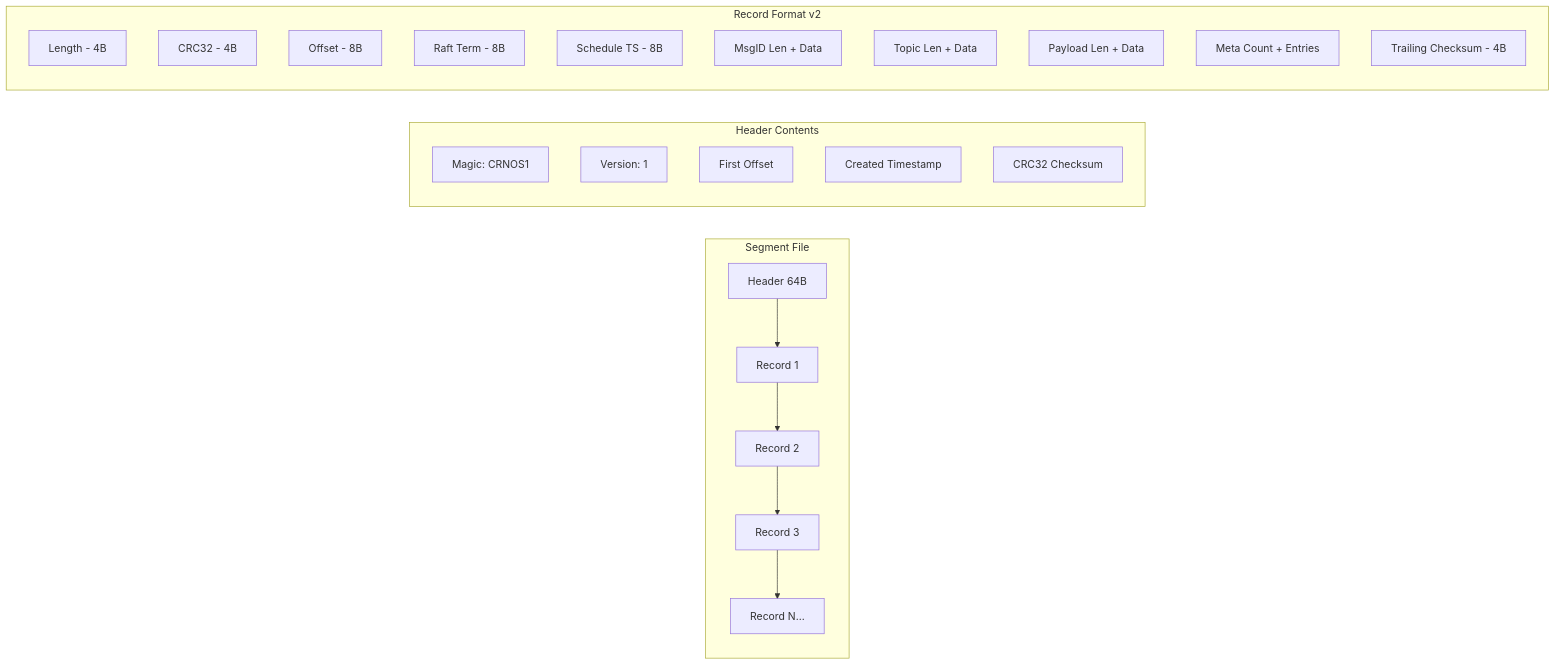
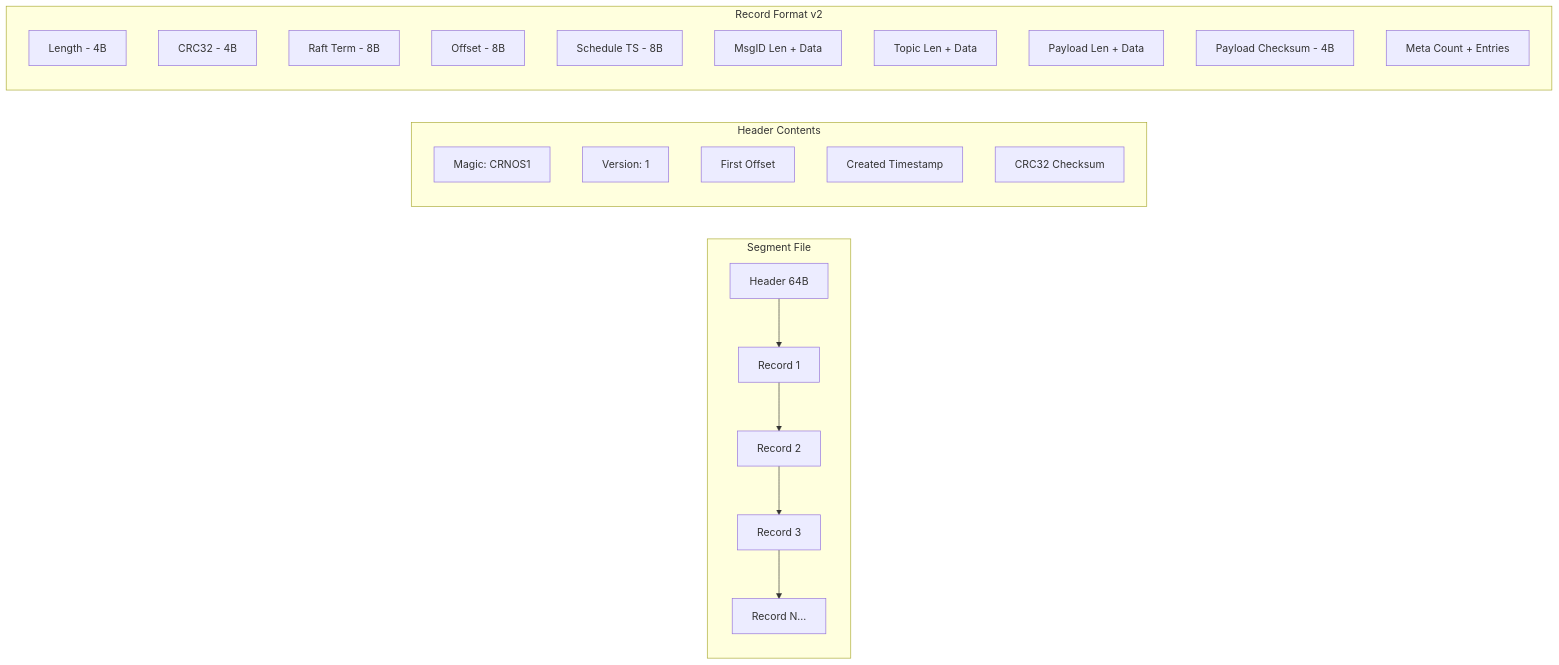
One commit to jatin711-debug/cronos_db_golang changed the seventh of 47 diagrams in ARCHITECTURE.md. Above: the diagram before and after it, drawn with Mermaid. The commit also changed other lines of this file and 39 other files, not shown here.

````diff
--- a/ARCHITECTURE.md
+++ b/ARCHITECTURE.md
@@ -304,30 +304,30 @@
 ```mermaid
 graph LR
     subgraph Segment File
         H[Header 64B] --> R1[Record 1]
         R1 --> R2[Record 2]
         R2 --> R3[Record 3]
         R3 --> RN[Record N...]
     end
 
     subgraph Header Contents
         H1[Magic: CRNOS1]
         H2[Version: 1]
         H3[First Offset]
         H4[Created Timestamp]
         H5[CRC32 Checksum]
     end
 
     subgraph Record Format v2
         RF1[Length - 4B]
         RF2[CRC32 - 4B]
-        RF3[Offset - 8B]
-        RF4[Raft Term - 8B]
+        RF3[Raft Term - 8B]
+        RF4[Offset - 8B]
         RF5[Schedule TS - 8B]
         RF6[MsgID Len + Data]
         RF7[Topic Len + Data]
         RF8[Payload Len + Data]
-        RF9[Meta Count + Entries]
-        RF10[Trailing Checksum - 4B]
+        RF9[Payload Checksum - 4B]
+        RF10[Meta Count + Entries]
     end
 ```
````
